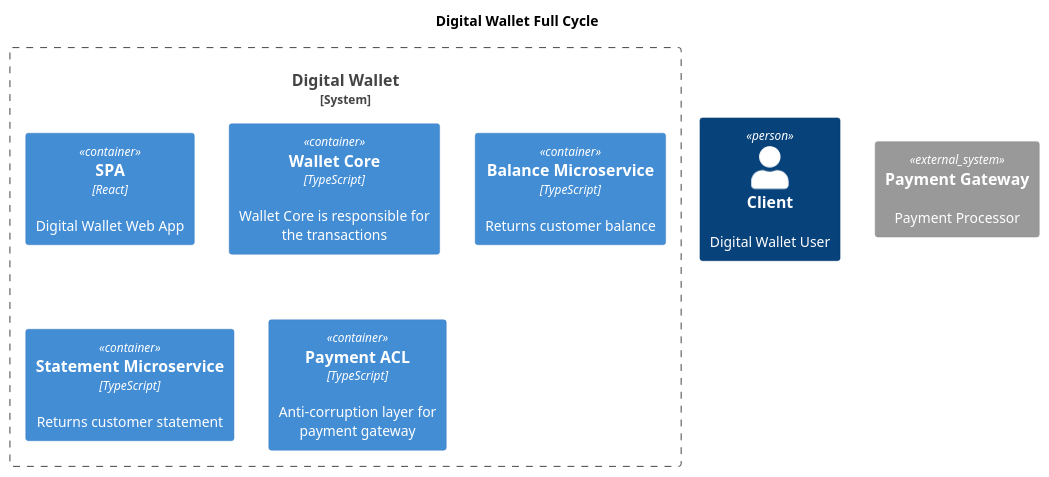
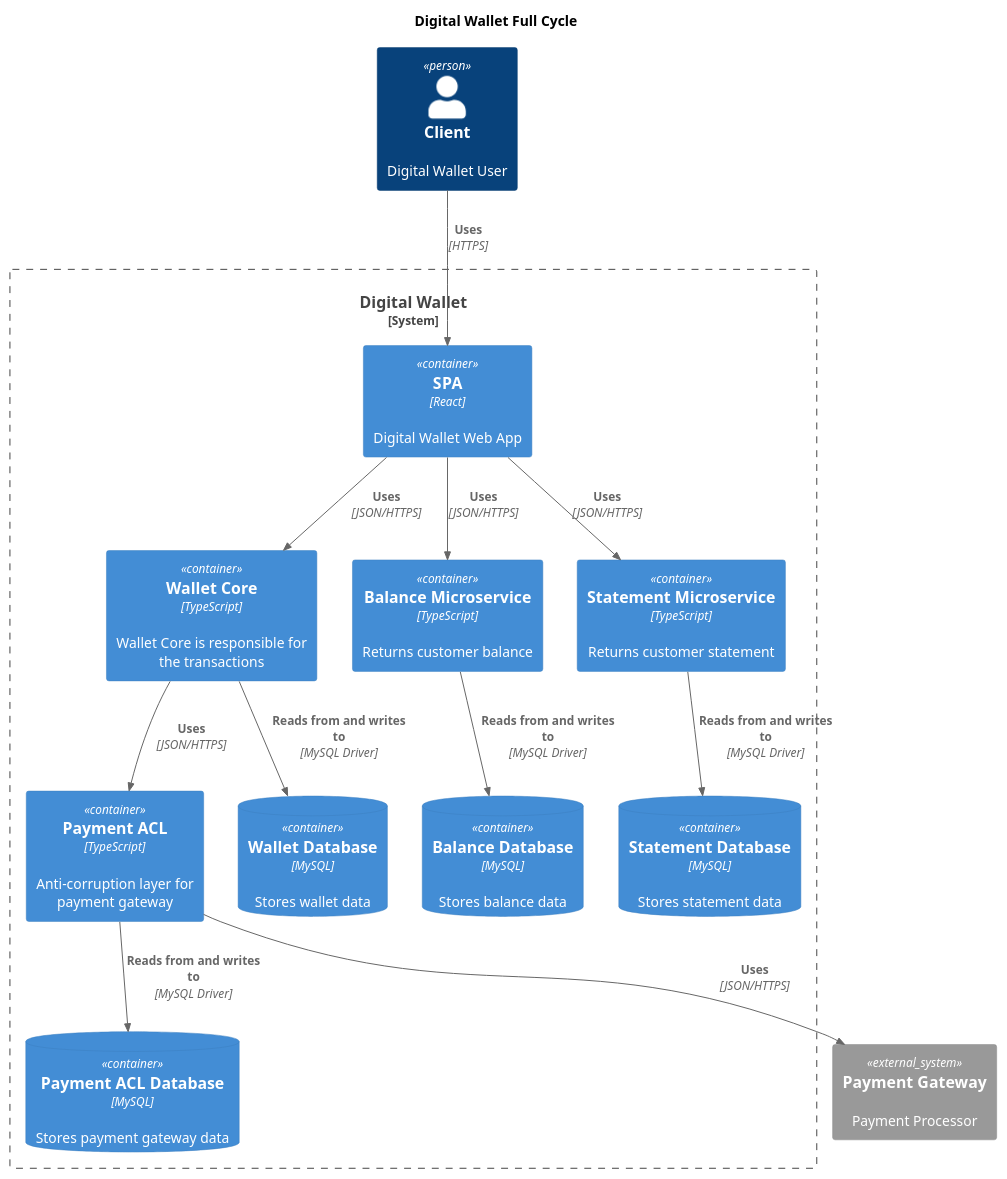
One commit to higorrsc/fc-hrsc-microservices changed the diagram in containers.puml. Above: the diagram before and after it, drawn with PlantUML.

Commit message:
feat: add database to containers diagram

```diff
--- a/containers.puml
+++ b/containers.puml
@@ -1,18 +1,37 @@
 @startuml containers
 !include https://raw.githubusercontent.com/plantuml-stdlib/C4-PlantUML/master/C4_Container.puml
 
 title "Digital Wallet Full Cycle"
 
 Person(client, "Client", "Digital Wallet User")
 
 System_Ext(payment_gateway, "Payment Gateway", "Payment Processor")
 
 System_Boundary(digital_wallet, "Digital Wallet") {
   Container(spa, "SPA", "React", "Digital Wallet Web App")
   Container(wallet_core, "Wallet Core", "TypeScript", "Wallet Core is responsible for the transactions")
   Container(balance_service, "Balance Microservice", "TypeScript", "Returns customer balance")
   Container(statement_service, "Statement Microservice", "TypeScript", "Returns customer statement")
   Container(payment_acl, "Payment ACL", "TypeScript", "Anti-corruption layer for payment gateway")
+  
+  ContainerDb(wallet_db, "Wallet Database", "MySQL", "Stores wallet data")
+  Rel(wallet_core, wallet_db, "Reads from and writes to", "MySQL Driver")
+
+  ContainerDb(balance_db, "Balance Database", "MySQL", "Stores balance data")
+  Rel(balance_service, balance_db, "Reads from and writes to", "MySQL Driver")
+  
+  ContainerDb(statement_db, "Statement Database", "MySQL", "Stores statement data")
+  Rel(statement_service, statement_db, "Reads from and writes to", "MySQL Driver")
+
+  ContainerDb(payment_acl_db, "Payment ACL Database", "MySQL", "Stores payment gateway data")
+  Rel(payment_acl, payment_acl_db, "Reads from and writes to", "MySQL Driver")
+
+  Rel(client, spa, "Uses", "HTTPS")
+  Rel(spa, wallet_core, "Uses", "JSON/HTTPS")
+  Rel(spa, balance_service, "Uses", "JSON/HTTPS")
+  Rel(spa, statement_service, "Uses", "JSON/HTTPS")
+  Rel(wallet_core, payment_acl, "Uses", "JSON/HTTPS")
+  Rel(payment_acl, payment_gateway, "Uses", "JSON/HTTPS")
 }
 
 @enduml
```
